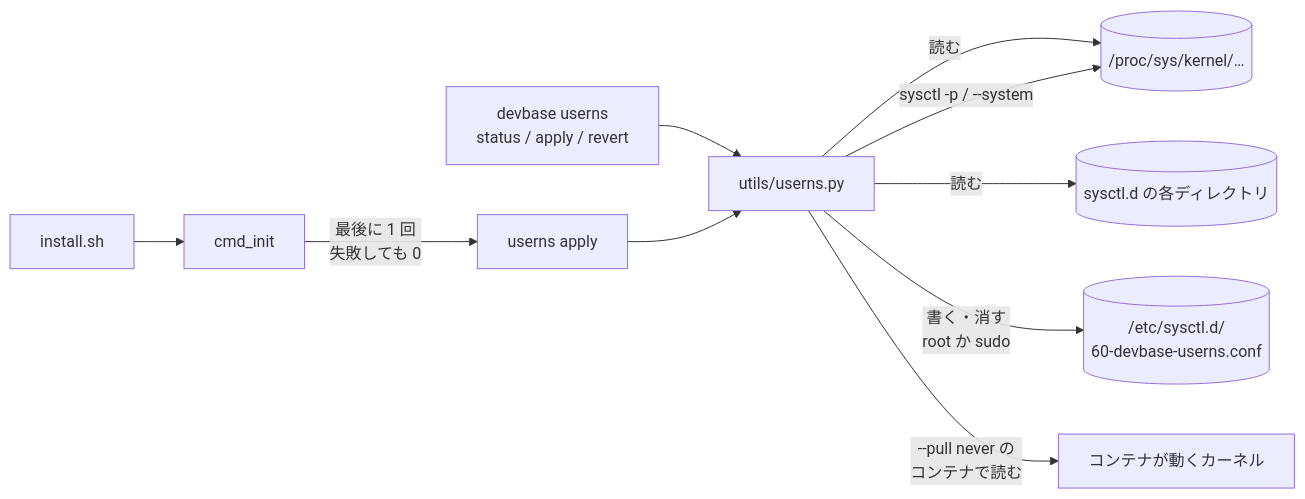
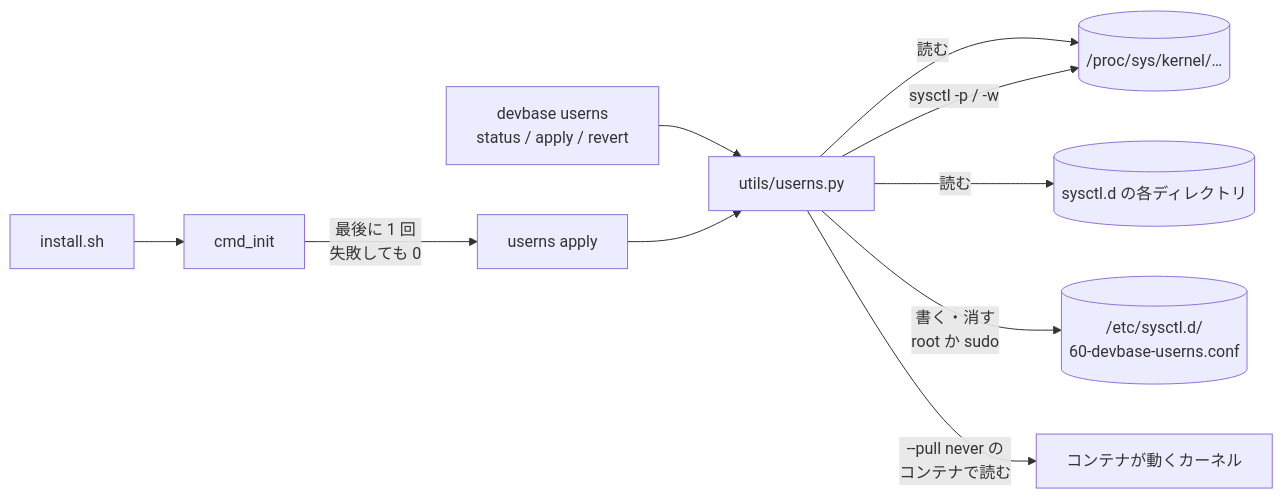
One commit to devbasex/devbase changed the second of 3 diagrams in issues/issue-533-design.md. Above: the diagram before and after it, drawn with Mermaid. The commit also changed other lines of this file and 21 other files, not shown here.

````diff
--- a/issues/issue-533-design.md
+++ b/issues/issue-533-design.md
@@ -36,12 +36,12 @@
 ```mermaid
 flowchart LR
     I[install.sh] --> N[cmd_init]
     N -->|最後に 1 回<br>失敗しても 0| A[userns apply]
     CLI[devbase userns<br>status / apply / revert] --> M[utils/userns.py]
     A --> M
     M -->|読む| H[(/proc/sys/kernel/…)]
     M -->|読む| SD[(sysctl.d の各ディレクトリ)]
     M -->|書く・消す<br>root か sudo| F[(/etc/sysctl.d/<br>60-devbase-userns.conf)]
-    M -->|sysctl -p / --system| H
+    M -->|sysctl -p / -w| H
     M -->|--pull never の<br>コンテナで読む| DK[コンテナが動くカーネル]
 ```
````
